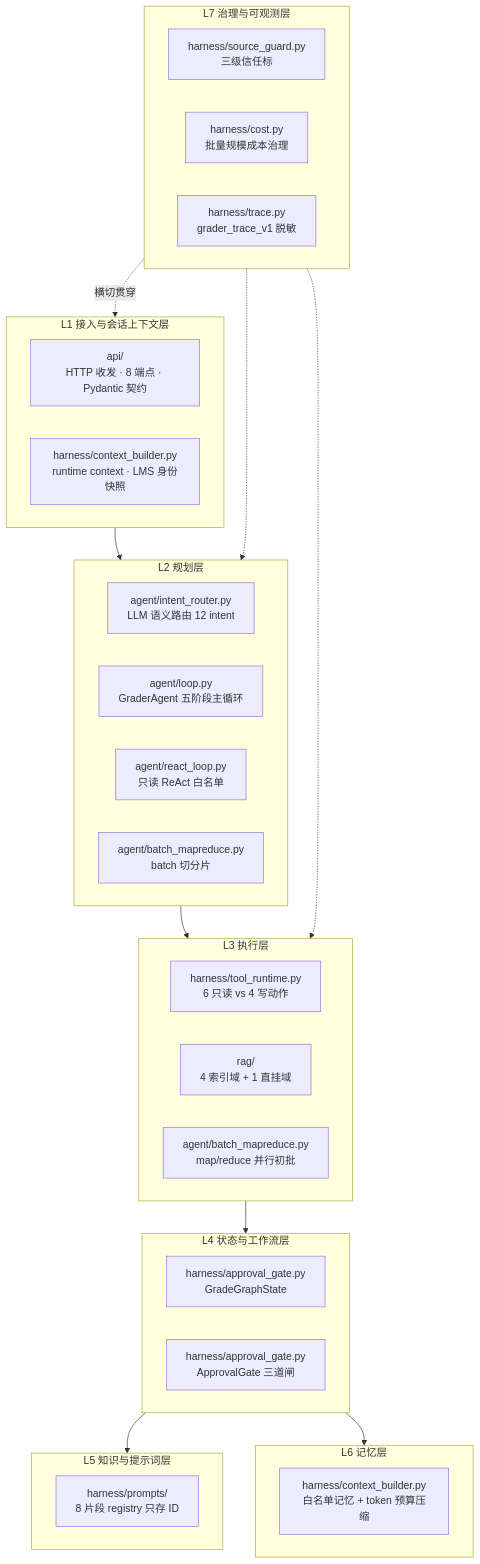
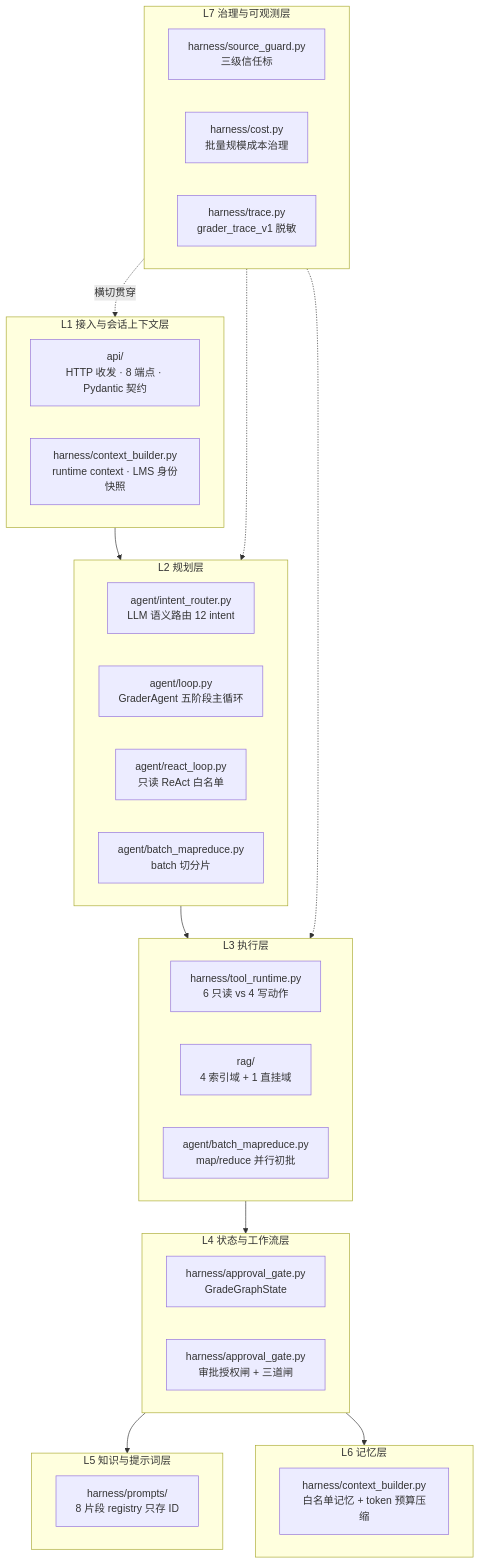
The third of 4 diagrams in CLAUDE.md (erictrainnlpinxihu/Grader-agent), drawn with Mermaid before and after one commit. The commit also changed other lines of this file and 33 other files, not shown here.

````diff
--- a/CLAUDE.md
+++ b/CLAUDE.md
@@ -133,38 +133,38 @@
 ```mermaid
 flowchart TD
     subgraph L1[L1 接入与会话上下文层]
         A1[api/<br/>HTTP 收发 · 8 端点 · Pydantic 契约]
         A2[harness/context_builder.py<br/>runtime context · LMS 身份快照]
     end
     subgraph L2[L2 规划层]
         B1[agent/intent_router.py<br/>LLM 语义路由 12 intent]
         B2[agent/loop.py<br/>GraderAgent 五阶段主循环]
         B3[agent/react_loop.py<br/>只读 ReAct 白名单]
         B4[agent/batch_mapreduce.py<br/>batch 切分片]
     end
     subgraph L3[L3 执行层]
         C1[harness/tool_runtime.py<br/>6 只读 vs 4 写动作]
         C2[rag/<br/>4 索引域 + 1 直挂域]
         C3[agent/batch_mapreduce.py<br/>map/reduce 并行初批]
     end
     subgraph L4[L4 状态与工作流层]
         D1[harness/approval_gate.py<br/>GradeGraphState]
-        D2[harness/approval_gate.py<br/>ApprovalGate 三道闸]
+        D2[harness/approval_gate.py<br/>审批授权闸 + 三道闸]
     end
     subgraph L5[L5 知识与提示词层]
         E1[harness/prompts/<br/>8 片段 registry 只存 ID]
     end
     subgraph L6[L6 记忆层]
         F1[harness/context_builder.py<br/>白名单记忆 + token 预算压缩]
     end
     subgraph L7[L7 治理与可观测层]
         G1[harness/source_guard.py<br/>三级信任标]
         G2[harness/cost.py<br/>批量规模成本治理]
         G3[harness/trace.py<br/>grader_trace_v1 脱敏]
     end
     L1 --> L2 --> L3 --> L4 --> L5
     L4 --> L6
     L7 -. 横切贯穿 .-> L1
     L7 -.-> L2
     L7 -.-> L3
 ```
````
